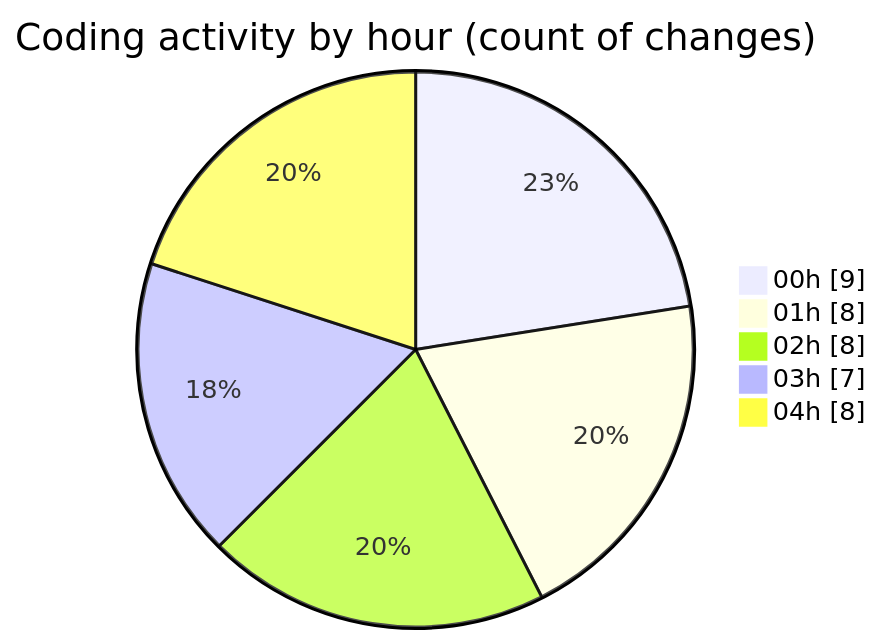
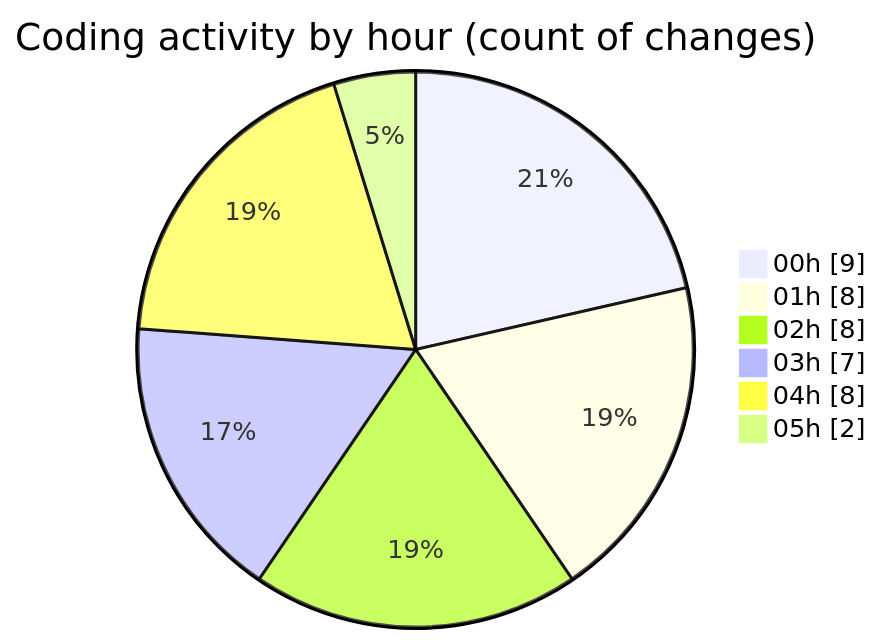
The second of 2 diagrams in 2025-07-14/telebot/README.md (jrari/code-tracking), drawn with Mermaid before and after one commit. The commit also changed other lines of this file and 1 other file, not shown here.

````diff
--- a/2025-07-14/telebot/README.md
+++ b/2025-07-14/telebot/README.md
@@ -47,9 +48,10 @@
 ```mermaid
 pie showData
 title Coding activity by hour (count of changes)
 "00h" : 9
 "01h" : 8
 "02h" : 8
 "03h" : 7
 "04h" : 8
+"05h" : 2
 ```
````
